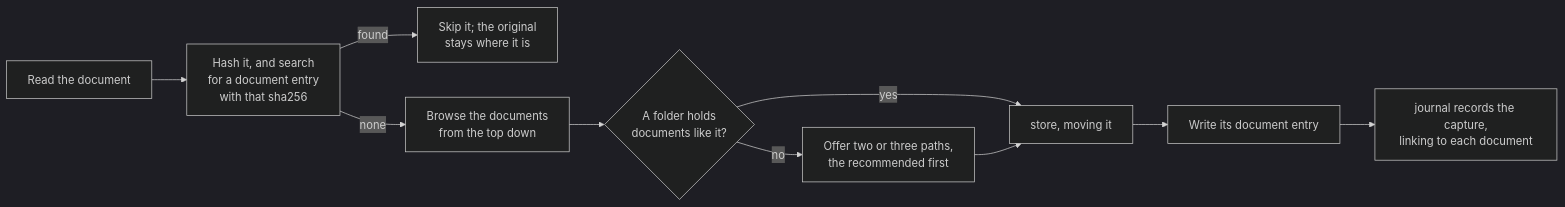
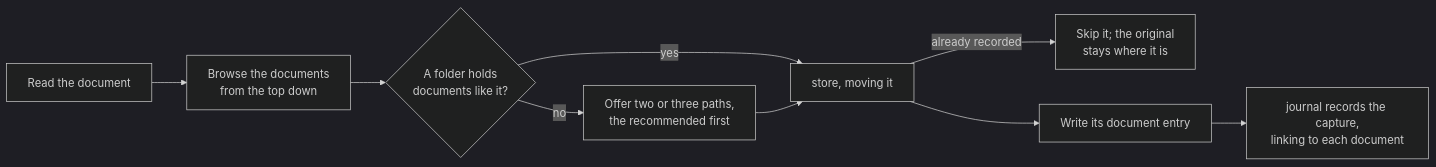
Before and after one commit to Velrea/AI.Brain: the diagram in docs/skills.md, drawn with Mermaid (dark theme). The commit also changed other lines of this file and 3 other files, not shown here.

Commit message:
Have the document script refuse contents already recorded, through the core module's search

````diff
--- a/docs/skills.md
+++ b/docs/skills.md
@@ -59,12 +59,11 @@
 ```mermaid
 flowchart LR
-    read["Read the document"] --> hash["Hash it, and search<br/>for a document entry<br/>with that sha256"]
-    hash -- found --> skip["Skip it; the original<br/>stays where it is"]
-    hash -- "none" --> browse["Browse the documents<br/>from the top down"]
+    read["Read the document"] --> browse["Browse the documents<br/>from the top down"]
     browse --> fits{"A folder holds<br/>documents like it?"}
     fits -- yes --> file["store, moving it"]
     fits -- no --> ask["Offer two or three paths,<br/>the recommended first"]
     ask --> file
+    file -- "already recorded" --> skip["Skip it; the original<br/>stays where it is"]
     file --> write["Write its document entry"]
     write --> journal["journal records the capture,<br/>linking to each document"]
 ```
````
